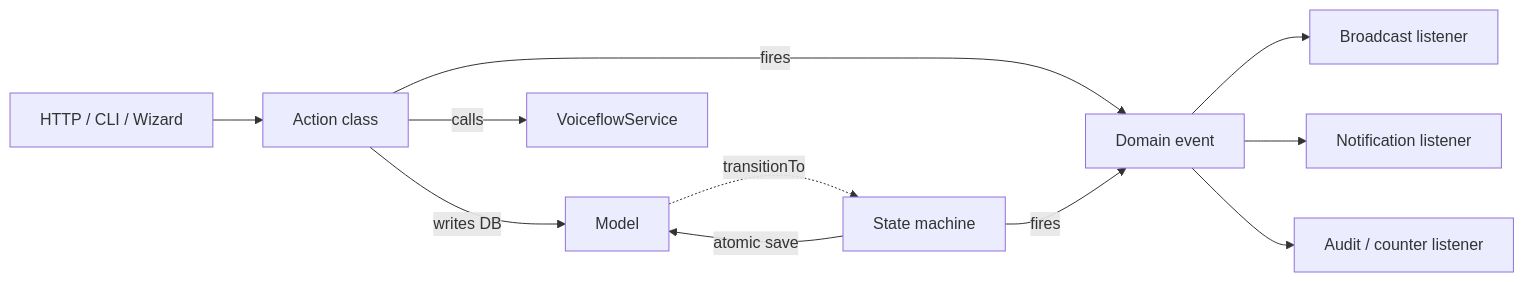
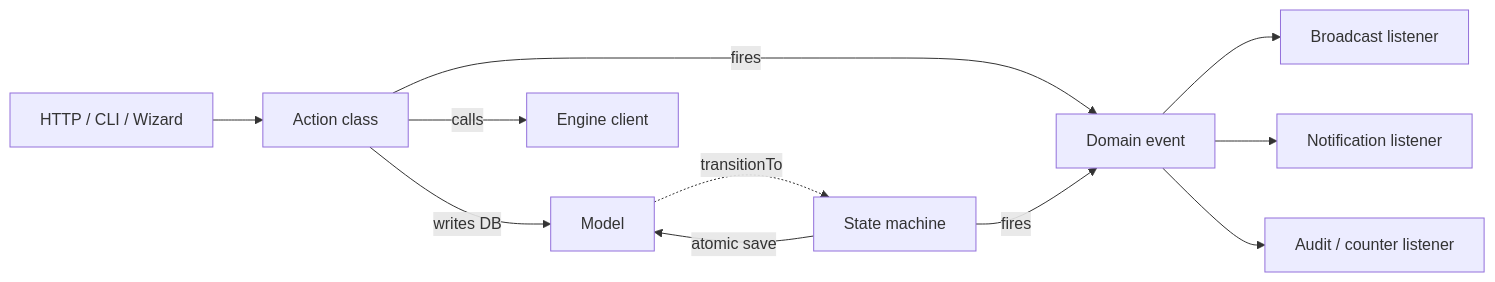
Before and after one commit to Neoptolemospapadiofantous/automation_dashboard: the fourth of 7 diagrams in docs/phase-13-multitenancy.md, drawn with Mermaid. The commit also changed other lines of this file and 515 other files, not shown here.

````diff
--- a/docs/phase-13-multitenancy.md
+++ b/docs/phase-13-multitenancy.md
@@ -362,13 +396,13 @@
 ```mermaid
 flowchart LR
     HTTP[HTTP / CLI / Wizard] --> Action[Action class]
     Action -->|writes DB| Model[Model]
-    Action -->|calls| Service[VoiceflowService]
+    Action -->|calls| Service[Engine client]
     Action -->|fires| Event[Domain event]
     Model -.->|transitionTo| Machine[State machine]
     Machine -->|atomic save| Model
     Machine -->|fires| Event
     Event --> Listener1[Broadcast listener]
     Event --> Listener2[Notification listener]
     Event --> Listener3[Audit / counter listener]
 ```
````
